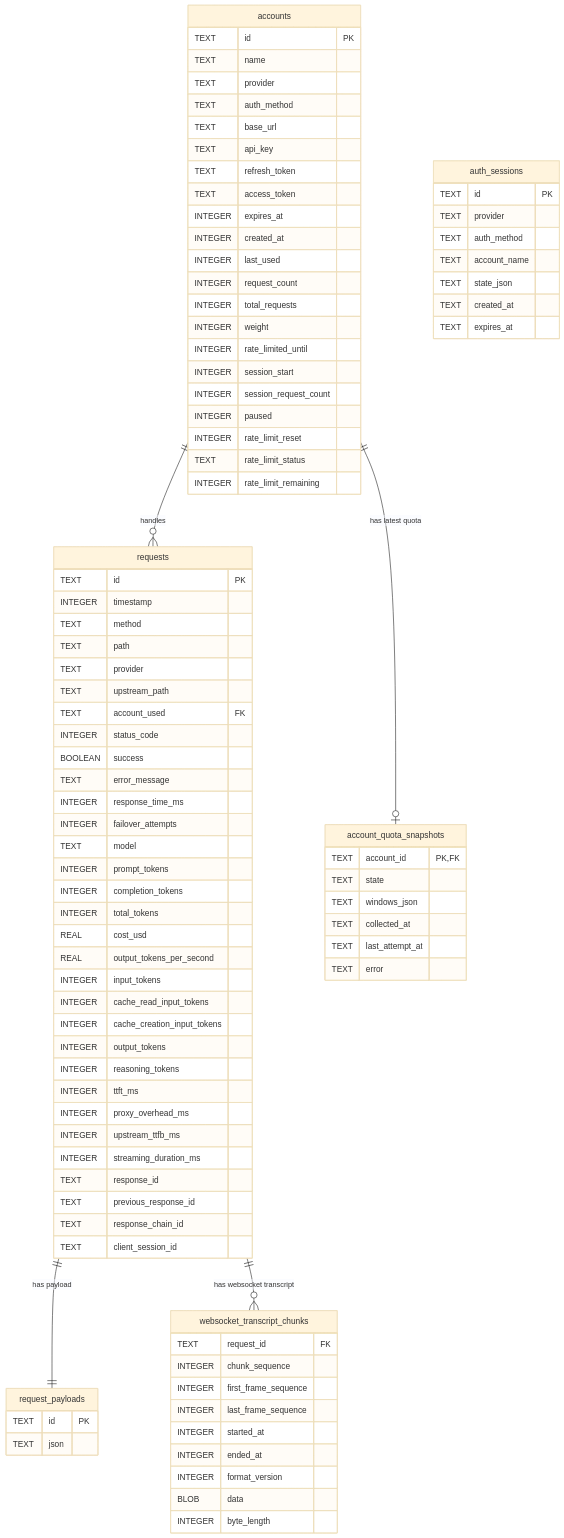
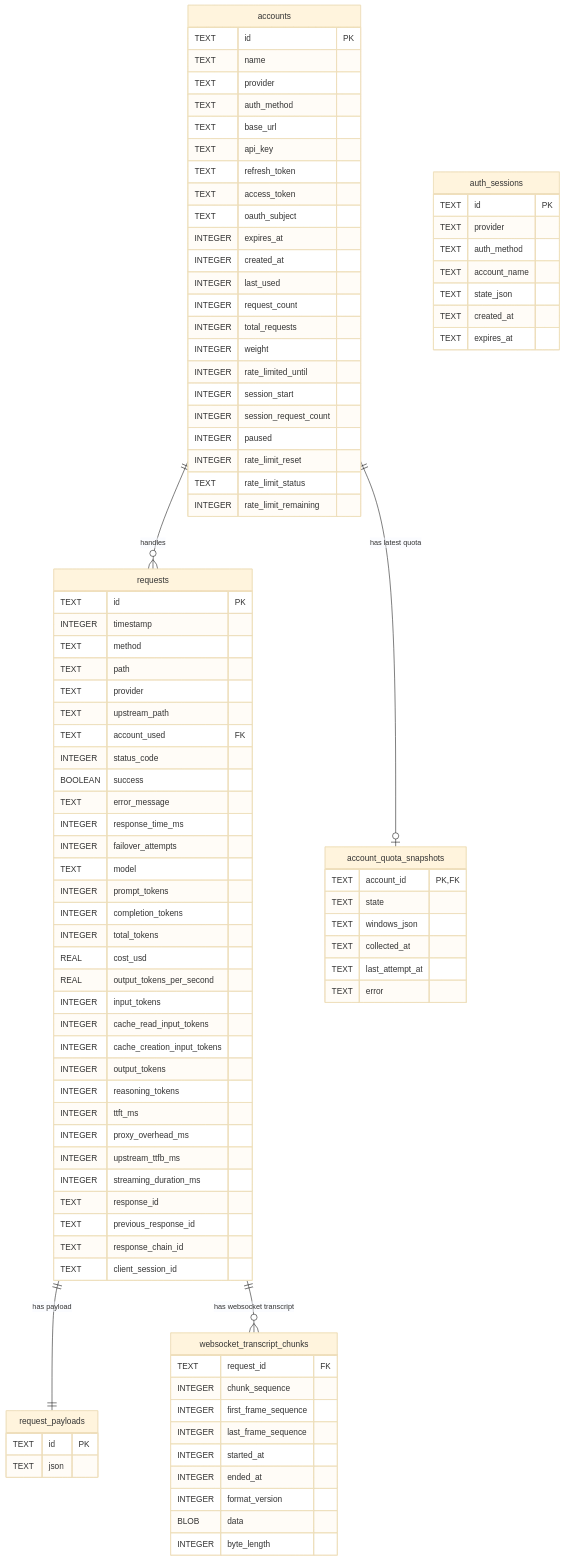
Before and after one commit to ipo/ccflare: the first of 2 diagrams in docs/database.md, drawn with Mermaid (base theme). The commit also changed other lines of this file and 63 other files, not shown here.

```diff
--- a/docs/database.md
+++ b/docs/database.md
@@ -32,6 +32,7 @@
         TEXT api_key
         TEXT refresh_token
         TEXT access_token
+        TEXT oauth_subject
         INTEGER expires_at
         INTEGER created_at
         INTEGER last_used
```
